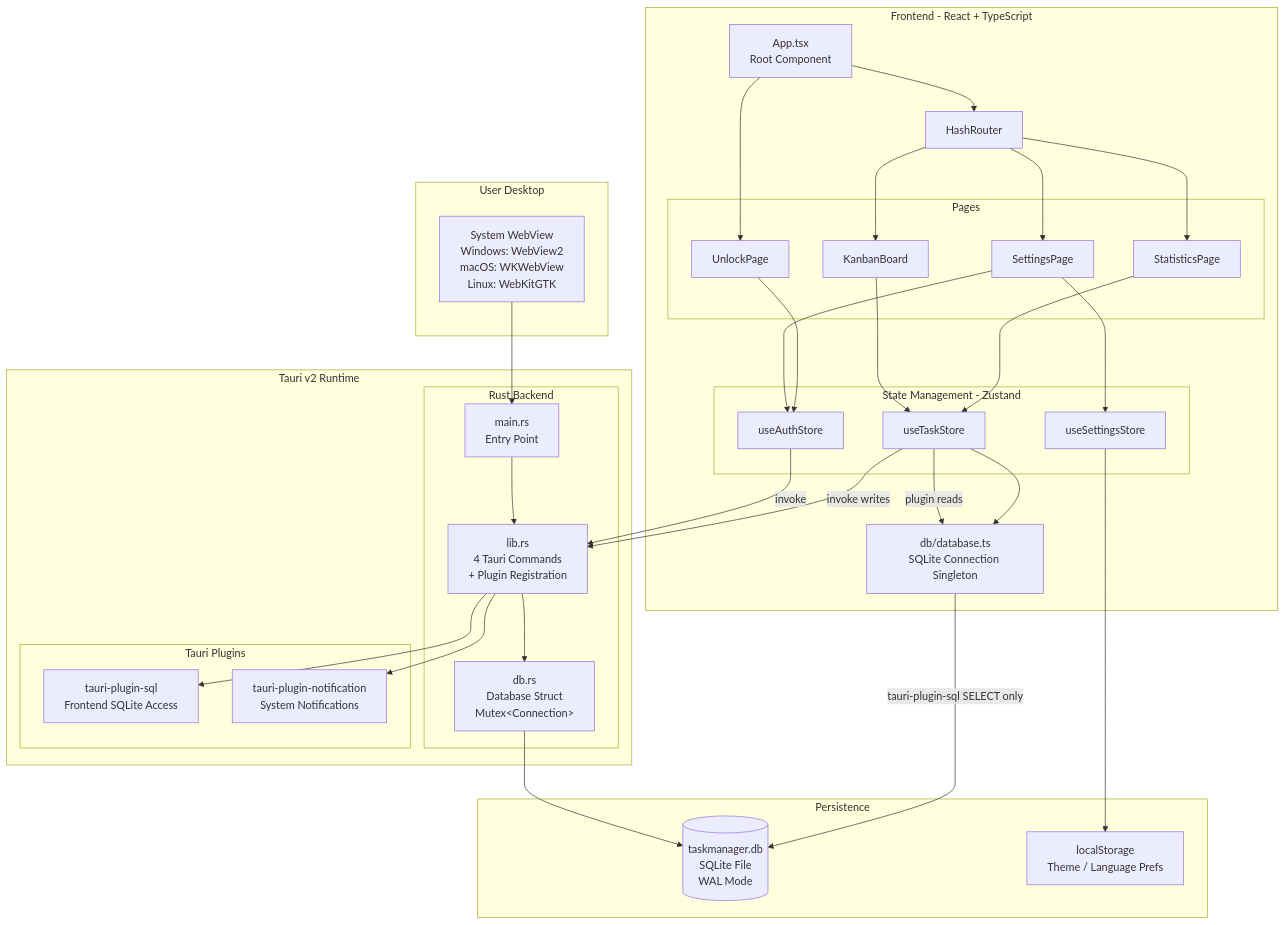
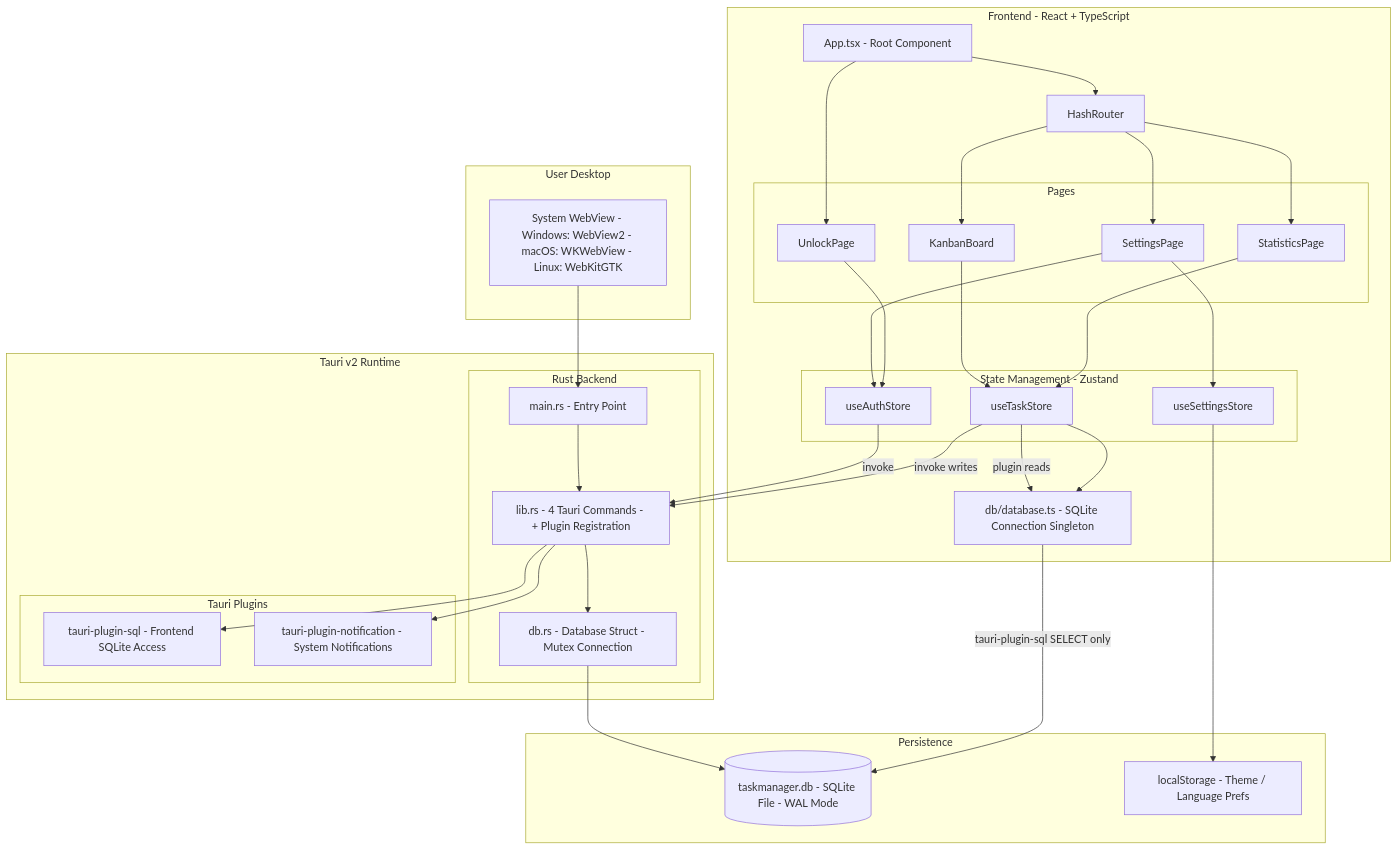
One commit to kindywu/task-manager changed the first of 12 diagrams in docs/ARCHITECTURE.md. Above: the diagram before and after it, drawn with Mermaid. The commit also changed other lines of this file and 1 other file, not shown here.

````diff
--- a/docs/ARCHITECTURE.md
+++ b/docs/ARCHITECTURE.md
@@ -244,63 +244,63 @@
 ```mermaid
 graph TB
     subgraph "User Desktop"
-        WV["System WebView<br/>Windows: WebView2<br/>macOS: WKWebView<br/>Linux: WebKitGTK"]
+        WV["System WebView - Windows: WebView2 - macOS: WKWebView - Linux: WebKitGTK"]
     end
 
     subgraph "Tauri v2 Runtime"
         subgraph "Rust Backend"
-            MAIN["main.rs<br/>Entry Point"]
-            LIB["lib.rs<br/>4 Tauri Commands<br/>+ Plugin Registration"]
-            DB_RS["db.rs<br/>Database Struct<br/>Mutex&lt;Connection&gt;"]
+            MAIN["main.rs - Entry Point"]
+            LIB["lib.rs - 4 Tauri Commands - + Plugin Registration"]
+            DB_RS["db.rs - Database Struct - Mutex Connection"]
         end
         subgraph "Tauri Plugins"
-            SQL_PLUGIN["tauri-plugin-sql<br/>Frontend SQLite Access"]
-            NOTIF_PLUGIN["tauri-plugin-notification<br/>System Notifications"]
+            SQL_PLUGIN["tauri-plugin-sql - Frontend SQLite Access"]
+            NOTIF_PLUGIN["tauri-plugin-notification - System Notifications"]
         end
     end
 
     subgraph "Frontend - React + TypeScript"
-        APP["App.tsx<br/>Root Component"]
+        APP["App.tsx - Root Component"]
         ROUTER["HashRouter"]
         subgraph "Pages"
             KANBAN["KanbanBoard"]
             STATS["StatisticsPage"]
             SETTINGS["SettingsPage"]
             UNLOCK["UnlockPage"]
         end
         subgraph "State Management - Zustand"
             AUTH_STORE["useAuthStore"]
             TASK_STORE["useTaskStore"]
             SETTINGS_STORE["useSettingsStore"]
         end
-        DB_FE["db/database.ts<br/>SQLite Connection Singleton"]
+        DB_FE["db/database.ts - SQLite Connection Singleton"]
     end
 
     subgraph "Persistence"
-        DB_FILE[("taskmanager.db<br/>SQLite File<br/>WAL Mode")]
-        LS["localStorage<br/>Theme / Language Prefs"]
+        DB_FILE[("taskmanager.db - SQLite File - WAL Mode")]
+        LS["localStorage - Theme / Language Prefs"]
     end
 
     MAIN --> LIB
     LIB --> DB_RS
     LIB --> SQL_PLUGIN
     LIB --> NOTIF_PLUGIN
     DB_RS --> DB_FILE
     DB_FE -->|tauri-plugin-sql SELECT only| DB_FILE
     AUTH_STORE -->|invoke| LIB
     TASK_STORE -->|invoke writes| LIB
     TASK_STORE -->|plugin reads| DB_FE
     WV --> MAIN
     APP --> ROUTER
     ROUTER --> KANBAN
     ROUTER --> STATS
     ROUTER --> SETTINGS
     APP --> UNLOCK
     KANBAN --> TASK_STORE
     STATS --> TASK_STORE
     SETTINGS --> AUTH_STORE
     SETTINGS --> SETTINGS_STORE
     UNLOCK --> AUTH_STORE
     TASK_STORE --> DB_FE
     SETTINGS_STORE --> LS
 ```
````
